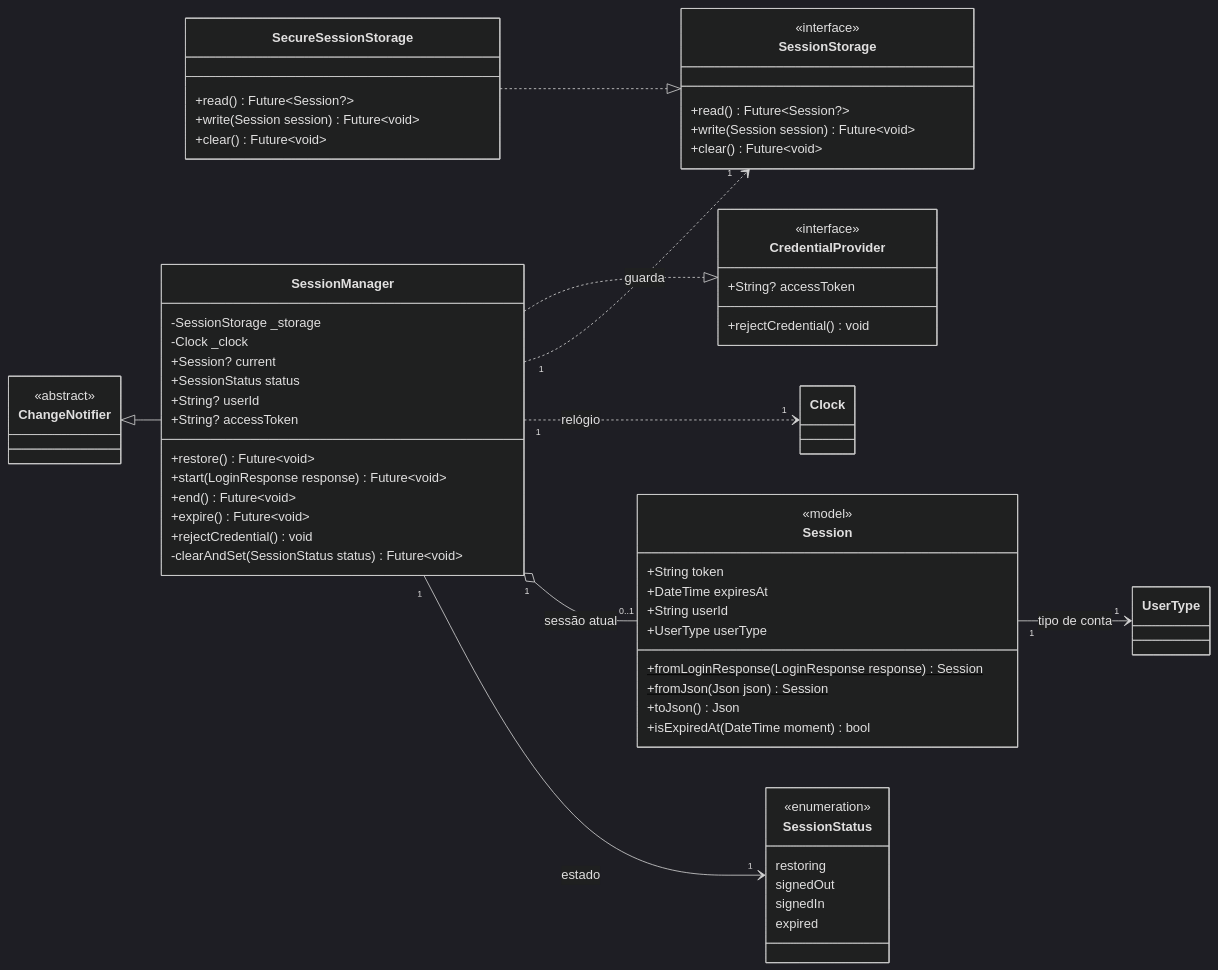
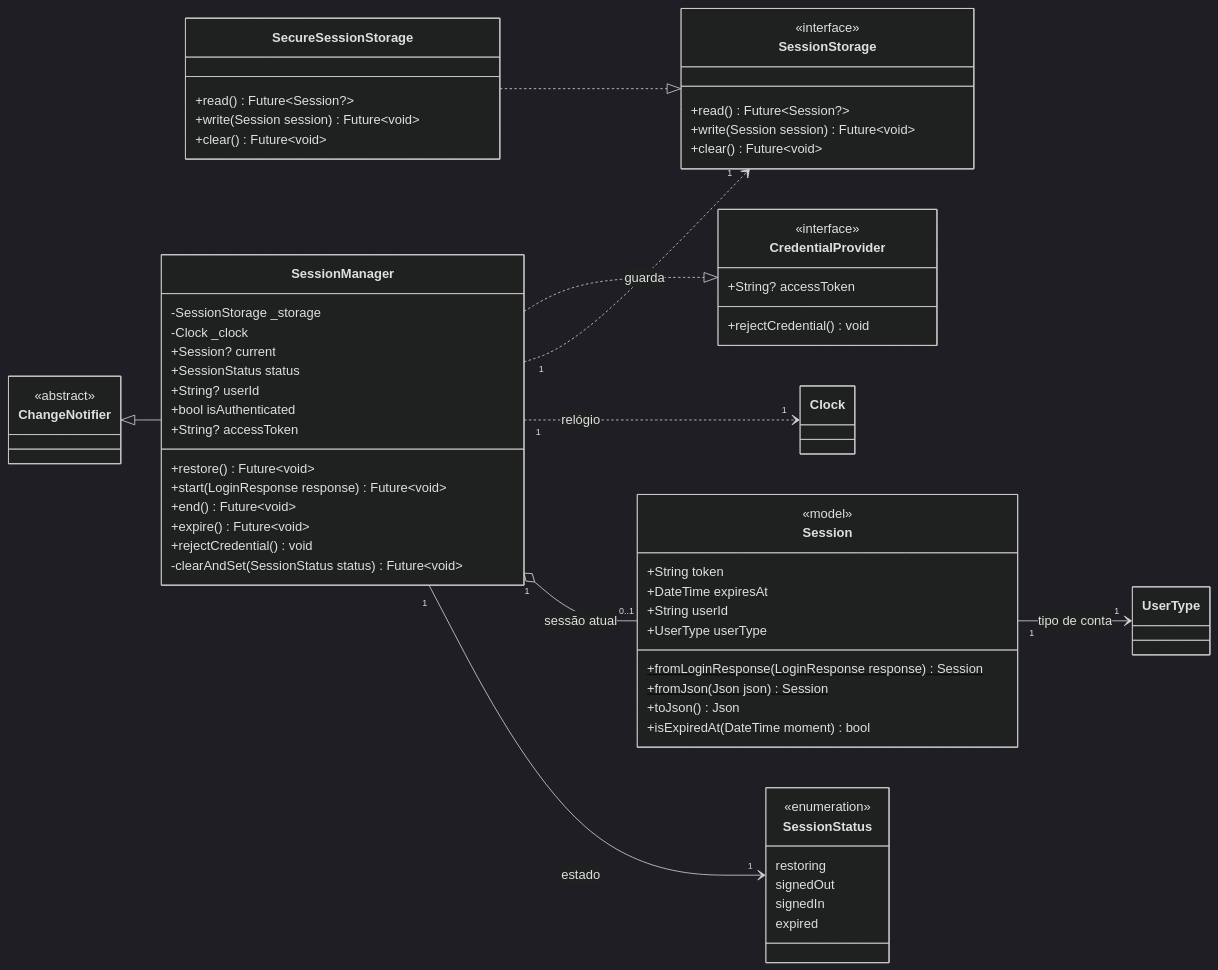
Before and after one commit to katch-lds/katch-docs: the ninth of 23 diagrams in 04-artefactos-tecnicos/04.07-modelos-de-classes/m4-modelo-classes-frontend-mobile-v03.md, drawn with Mermaid (dark theme). The commit also changed other lines of this file and 2 other files, not shown here.

````diff
--- a/04-artefactos-tecnicos/04.07-modelos-de-classes/m4-modelo-classes-frontend-mobile-v03.md
+++ b/04-artefactos-tecnicos/04.07-modelos-de-classes/m4-modelo-classes-frontend-mobile-v03.md
@@ -753,63 +800,64 @@
 ```mermaid
 classDiagram
     direction LR
     class Session {
         <<model>>
         +String token
         +DateTime expiresAt
         +String userId
         +UserType userType
         +fromLoginResponse(LoginResponse response)$ Session
         +fromJson(Json json)$ Session
         +toJson() Json
         +isExpiredAt(DateTime moment) bool
     }
     class SessionStatus {
         <<enumeration>>
         restoring
         signedOut
         signedIn
         expired
     }
     class SessionStorage {
         <<interface>>
         +read() Future~Session?~
         +write(Session session) Future~void~
         +clear() Future~void~
     }
     class SecureSessionStorage {
         +read() Future~Session?~
         +write(Session session) Future~void~
         +clear() Future~void~
     }
     class CredentialProvider {
         <<interface>>
         +String? accessToken
         +rejectCredential() void
     }
     class SessionManager {
         -SessionStorage _storage
         -Clock _clock
         +Session? current
         +SessionStatus status
         +String? userId
+        +bool isAuthenticated
         +String? accessToken
         +restore() Future~void~
         +start(LoginResponse response) Future~void~
         +end() Future~void~
         +expire() Future~void~
         +rejectCredential() void
         -clearAndSet(SessionStatus status) Future~void~
     }
     class ChangeNotifier {
         <<abstract>>
     }
     SecureSessionStorage ..|> SessionStorage
     SessionManager ..|> CredentialProvider
     ChangeNotifier <|-- SessionManager
     SessionManager "1" ..> "1" SessionStorage : guarda
     SessionManager "1" ..> "1" Clock : relógio
     SessionManager "1" o-- "0..1" Session : sessão atual
     SessionManager "1" --> "1" SessionStatus : estado
     Session "1" --> "1" UserType : tipo de conta
 ```
````
